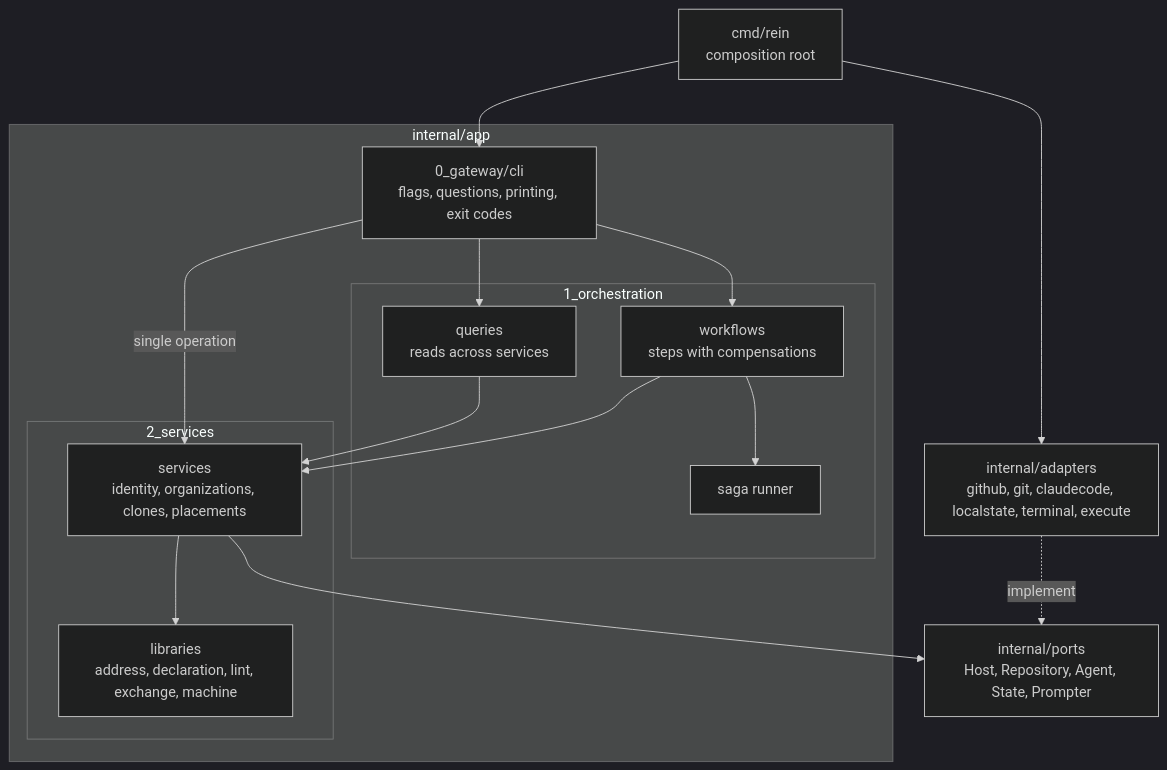
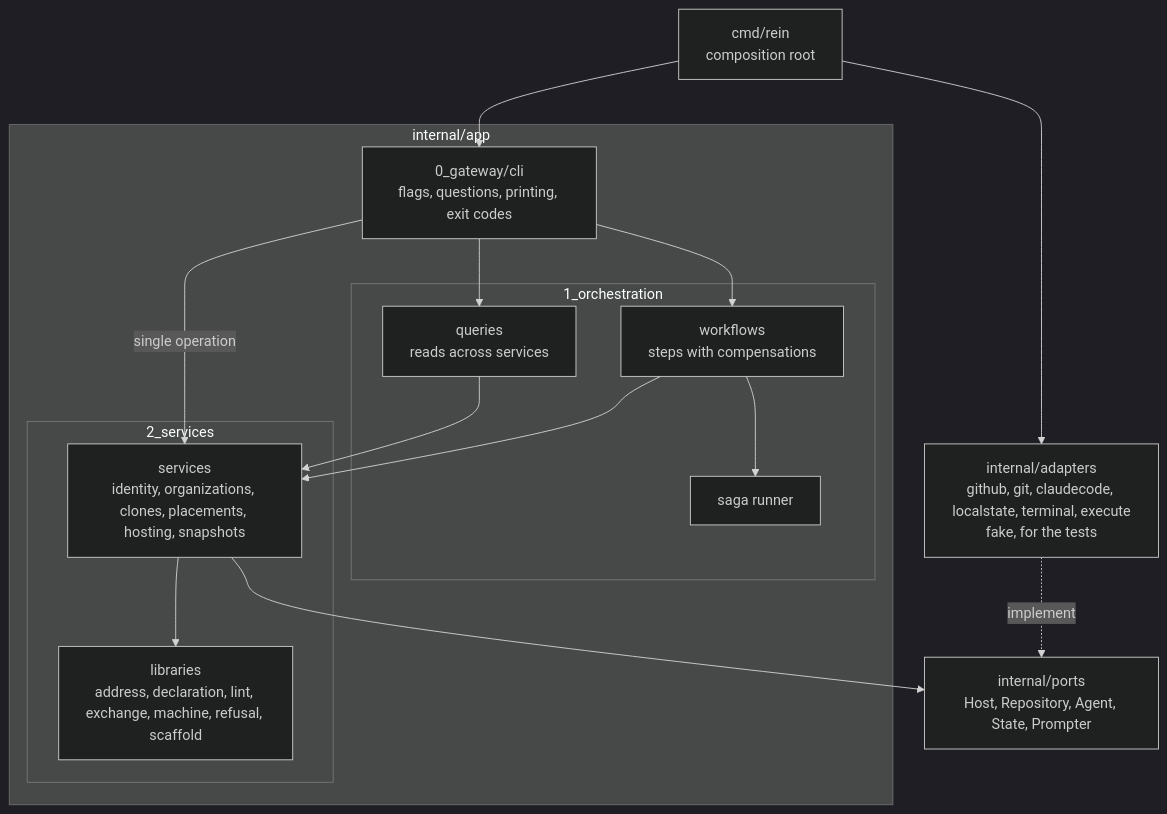
Before and after one commit to Danidani23/agents-rein: the diagram in docs/architecture.md, drawn with Mermaid (dark theme). The commit also changed other lines of this file and 45 other files, not shown here.

````diff
--- a/docs/architecture.md
+++ b/docs/architecture.md
@@ -18,30 +18,30 @@
 ```mermaid
 flowchart TB
     main["cmd/rein<br/>composition root"]
     subgraph app["internal/app"]
         gateway["0_gateway/cli<br/>flags, questions, printing, exit codes"]
         subgraph orchestration["1_orchestration"]
             workflows["workflows<br/>steps with compensations"]
             queries["queries<br/>reads across services"]
             runner["saga runner"]
         end
         subgraph services["2_services"]
-            svc["services<br/>identity, organizations, clones, placements"]
-            libs["libraries<br/>address, declaration, lint, exchange, machine"]
+            svc["services<br/>identity, organizations, clones, placements, hosting, snapshots"]
+            libs["libraries<br/>address, declaration, lint, exchange, machine, refusal, scaffold"]
         end
     end
     ports["internal/ports<br/>Host, Repository, Agent, State, Prompter"]
-    adapters["internal/adapters<br/>github, git, claudecode, localstate, terminal, execute"]
+    adapters["internal/adapters<br/>github, git, claudecode, localstate, terminal, execute<br/>fake, for the tests"]
 
     main --> gateway
     main --> adapters
     gateway --> workflows
     gateway --> queries
     gateway -- "single operation" --> svc
     workflows --> runner
     workflows --> svc
     queries --> svc
     svc --> ports
     svc --> libs
     adapters -. implement .-> ports
 ```
````
